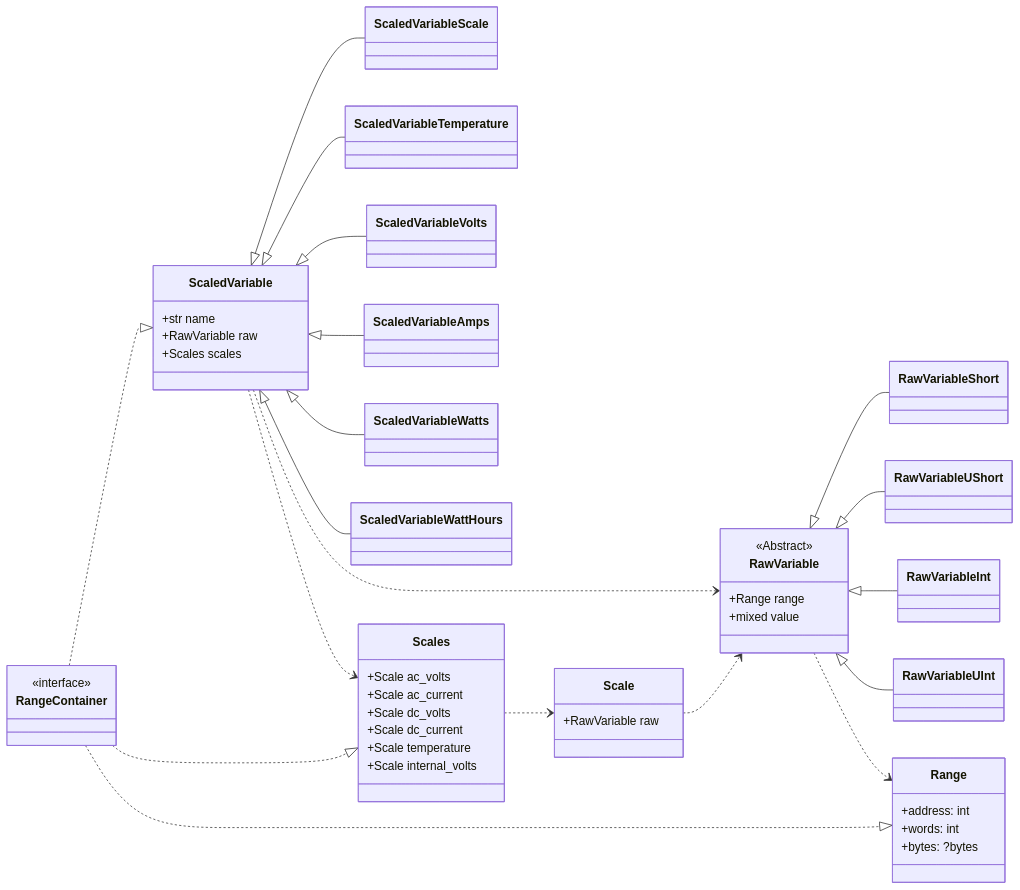
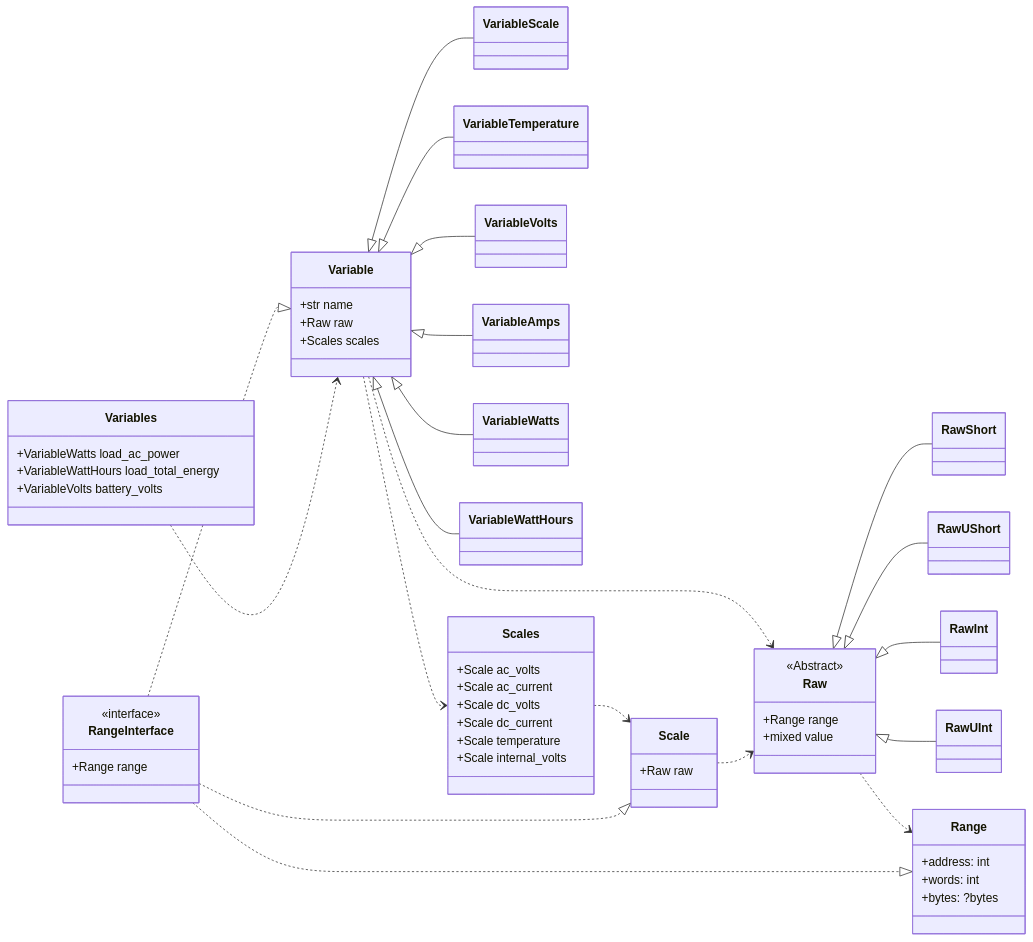
One commit to neerolyte/selpi changed the first of 3 diagrams in docs/design.md. Above: the diagram before and after it, drawn with Mermaid. The commit also changed other lines of this file and 5 other files, not shown here.

````diff
--- a/docs/design.md
+++ b/docs/design.md
@@ -5,65 +5,74 @@
 ```mermaid
 classDiagram
   %% <|-- Inheritance
   %% *--  Composition
   %% o--  Aggregation
   %% -->  Association
   %% --   Link (Solid)
   %% ..>  Dependency
   %% ..|> Realization
   %% ..   Link (Dashed)
 
   direction LR
-  class ScaledVariable{
+  class Variable{
     +str name
-    +RawVariable raw
+    +Raw raw
     +Scales scales
   }
-  ScaledVariable <|-- ScaledVariableScale
-  ScaledVariable <|-- ScaledVariableTemperature
-  ScaledVariable <|-- ScaledVariableVolts
-  ScaledVariable <|-- ScaledVariableAmps
-  ScaledVariable <|-- ScaledVariableWatts
-  ScaledVariable <|-- ScaledVariableWattHours
-  ScaledVariable ..> Scales
-  ScaledVariable ..> RawVariable
-  RangeContainer ..|> ScaledVariable
+  Variable <|-- VariableScale
+  Variable <|-- VariableTemperature
+  Variable <|-- VariableVolts
+  Variable <|-- VariableAmps
+  Variable <|-- VariableWatts
+  Variable <|-- VariableWattHours
+  Variable ..> Scales
+  Variable ..> Raw
+  RangeInterface ..|> Variable
+
+  class Variables{
+    +VariableWatts load_ac_power
+    +VariableWattHours load_total_energy
+    +VariableVolts battery_volts
+  }
+  Variables ..> Variable
 
   class Scales{
     +Scale ac_volts
     +Scale ac_current
     +Scale dc_volts
     +Scale dc_current
     +Scale temperature
     +Scale internal_volts
   }
   Scales ..> Scale
-  RangeContainer ..|> Scales
 
   class Scale{
-    +RawVariable raw
+    +Raw raw
   }
-  Scale ..> RawVariable
+  Scale ..> Raw
+  RangeInterface ..|> Scale
 
   %% Raw (unscaled) bytes from SP Pro.
-  class RawVariable{
+  class Raw{
     <<Abstract>>
     +Range range
     +mixed value
   }
-  RawVariable <|-- RawVariableShort
-  RawVariable <|-- RawVariableUShort
-  RawVariable <|-- RawVariableInt
-  RawVariable <|-- RawVariableUInt
-  RawVariable ..> Range
+  Raw <|-- RawShort
+  Raw <|-- RawUShort
+  Raw <|-- RawInt
+  Raw <|-- RawUInt
+  Raw ..> Range
 
-  class RangeContainer
-  <<interface>> RangeContainer
+  class RangeInterface{
+    <<interface>>
+    +Range range
+  }
 
   class Range{
     +address: int
     +words: int
     +bytes: ?bytes
   }
-  RangeContainer ..|> Range %% implements
+  RangeInterface ..|> Range %% implements
 ```
````
